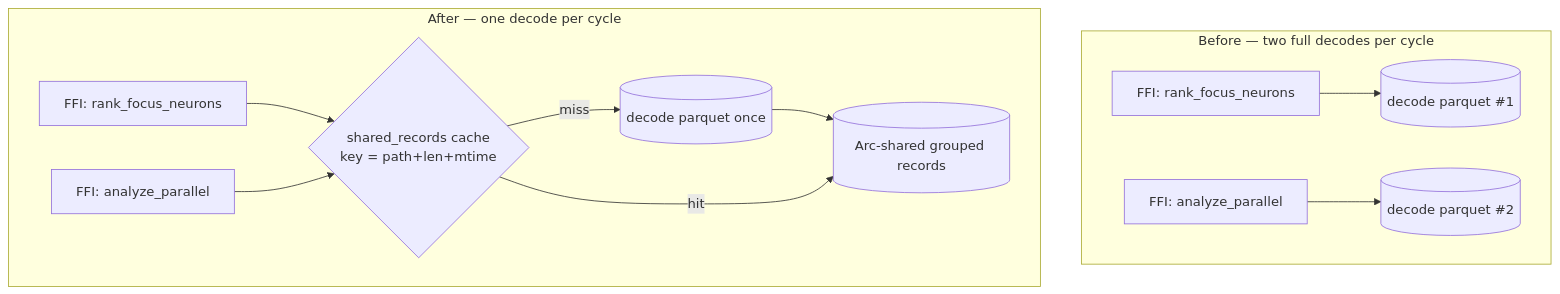
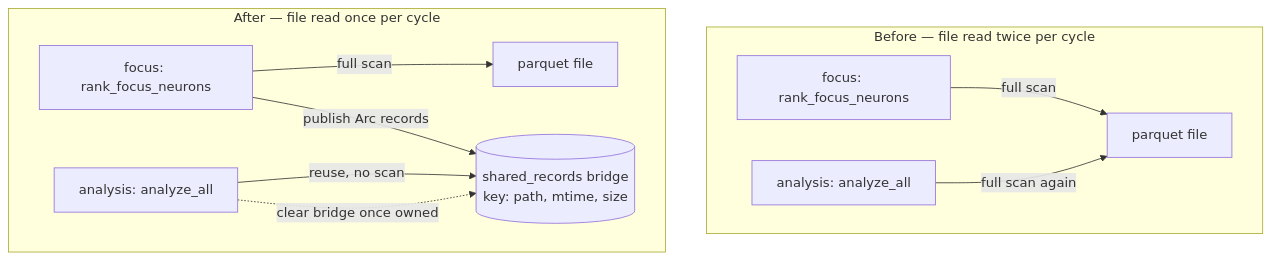
One commit to stSoftwareAU/NEAT-AI-Discovery changed the diagram in docs/archive/pr-summaries/pr-summary-1406.md. Above: the diagram before and after it, drawn with Mermaid. The commit also changed other lines of this file, not shown here.

````diff
--- a/docs/archive/pr-summaries/pr-summary-1406.md
+++ b/docs/archive/pr-summaries/pr-summary-1406.md
@@ -38,14 +41,15 @@
 ```mermaid
 flowchart TB
-    subgraph Before["Before — two full decodes per cycle"]
-        F1[FFI: rank_focus_neurons] --> R1[(decode parquet #1)]
-        A1[FFI: analyze_parallel] --> R2[(decode parquet #2)]
+    subgraph Before["Before — file read twice per cycle"]
+        P1[parquet file]
+        F1[focus: rank_focus_neurons] -->|full scan| P1
+        A1[analysis: analyze_all] -->|full scan again| P1
     end
-    subgraph After["After — one decode per cycle"]
-        F2[FFI: rank_focus_neurons] --> C{shared_records cache<br/>key = path+len+mtime}
-        C -- miss --> D[(decode parquet once)]
-        D --> S[(Arc-shared grouped records)]
-        A2[FFI: analyze_parallel] --> C
-        C -- hit --> S
+    subgraph After["After — file read once per cycle"]
+        P2[parquet file]
+        F2[focus: rank_focus_neurons] -->|full scan| P2
+        F2 -->|publish Arc records| B[(shared_records bridge<br/>key: path, mtime, size)]
+        A2[analysis: analyze_all] -->|reuse, no scan| B
+        A2 -.->|clear bridge once owned| B
     end
 ```
````
